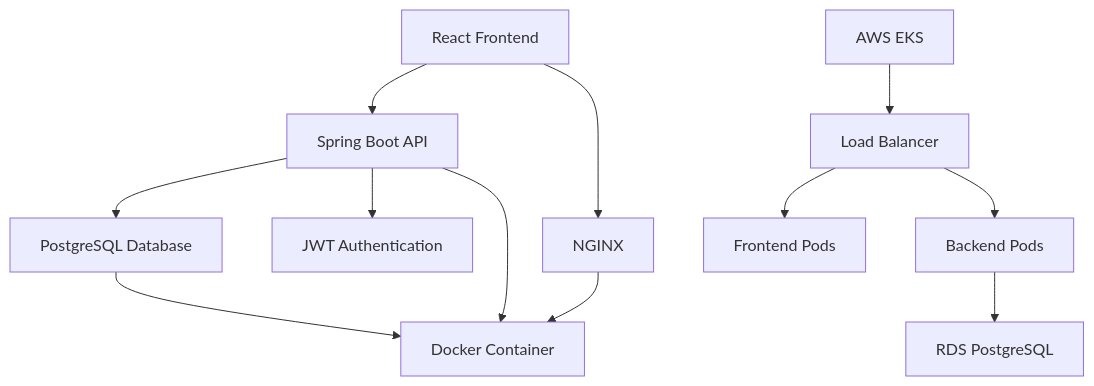
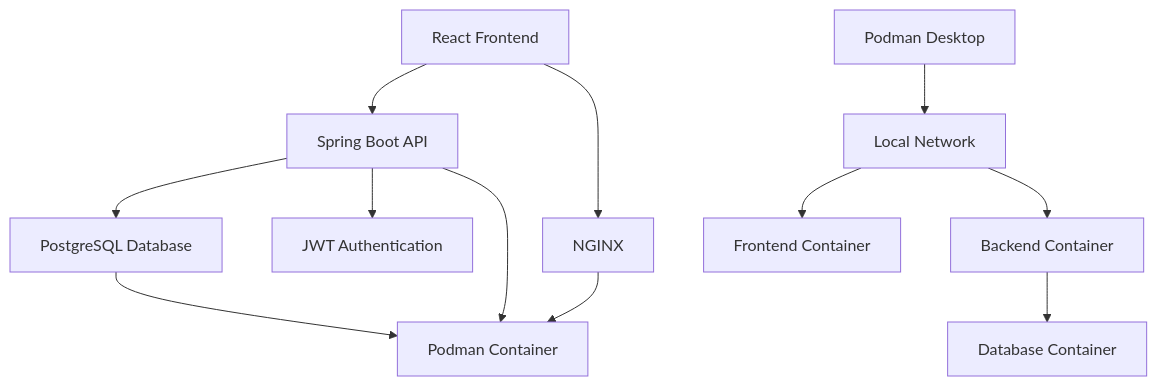
The diagram in README.md (FreeDevz/spiderman), drawn with Mermaid before and after one commit. The commit also changed other lines of this file and 68 other files, not shown here.

````diff
--- a/README.md
+++ b/README.md
@@ -39,15 +39,15 @@
 ```mermaid
 graph TB
     A[React Frontend] --> B[Spring Boot API]
     B --> C[PostgreSQL Database]
     A --> D[NGINX]
     B --> E[JWT Authentication]
-    C --> F[Docker Container]
+    C --> F[Podman Container]
     B --> F
     D --> F
     
-    G[AWS EKS] --> H[Load Balancer]
-    H --> I[Frontend Pods]
-    H --> J[Backend Pods]
-    J --> K[RDS PostgreSQL]
+    G[Podman Desktop] --> H[Local Network]
+    H --> I[Frontend Container]
+    H --> J[Backend Container]
+    J --> K[Database Container]
 ```
````
